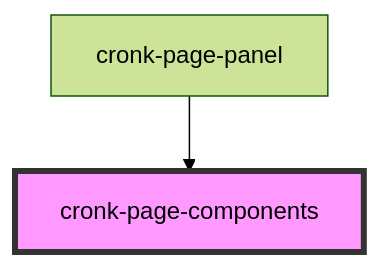
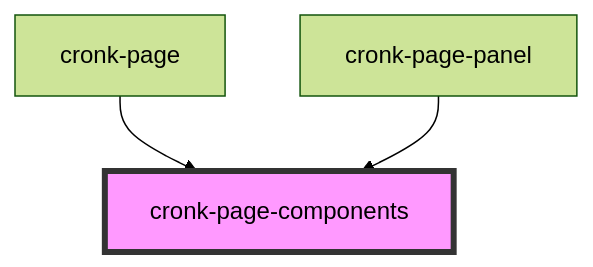
The diagram in src/components/cronk-page-components/readme.md (nanoporetech/cronkite), drawn with Mermaid (forest theme) before and after one commit. The commit also changed other lines of this file and 4 other files, not shown here.

````diff
--- a/src/components/cronk-page-components/readme.md
+++ b/src/components/cronk-page-components/readme.md
@@ -22,5 +23,6 @@
 ```mermaid
 graph TD;
+  cronk-page --> cronk-page-components
   cronk-page-panel --> cronk-page-components
   style cronk-page-components fill:#f9f,stroke:#333,stroke-width:4px
 ```
````
